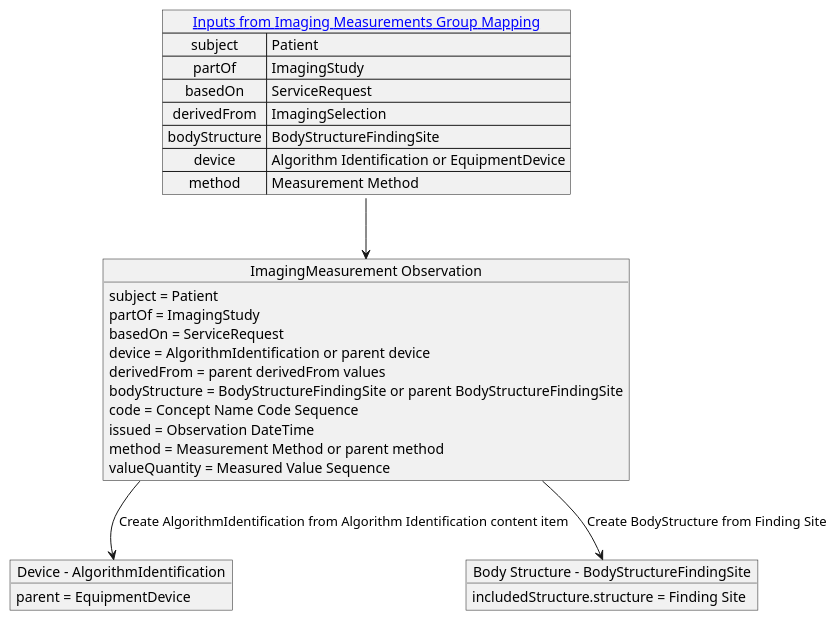
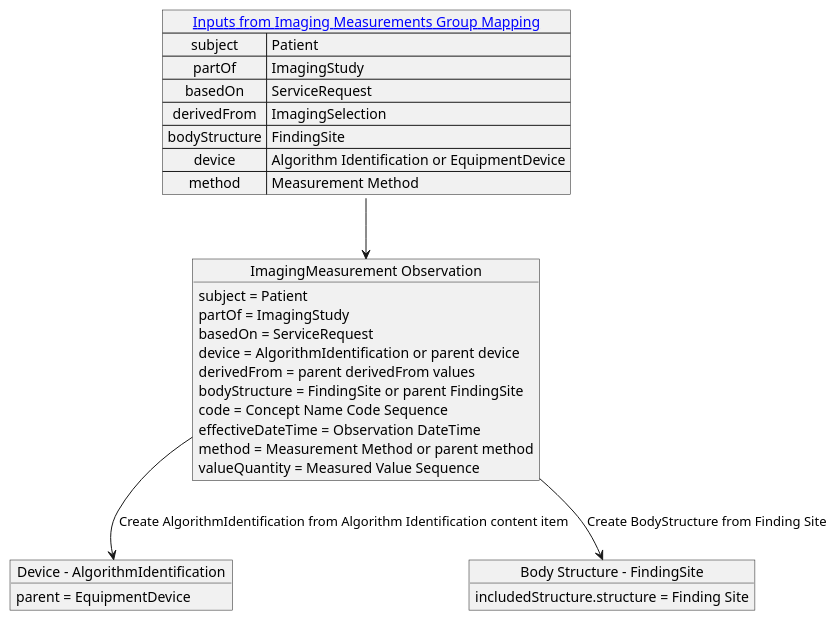
Before and after one commit to HL7/dicom-sr: the diagram in input/images-source/4_6_imaging_measurement_mapping.plantuml, drawn with PlantUML. The commit also changed 53 other files, not shown here.

```diff
--- a/input/images-source/4_6_imaging_measurement_mapping.plantuml
+++ b/input/images-source/4_6_imaging_measurement_mapping.plantuml
@@ -1,40 +1,40 @@
 @startuml imaging_measurement_mapping
 
 map "[[mapping.html#imaging-measurement-group-mapping Inputs from Imaging Measurements Group Mapping]]" as inputs {
    subject => Patient
    partOf => ImagingStudy
    basedOn => ServiceRequest
    derivedFrom => ImagingSelection
-   bodyStructure => BodyStructureFindingSite
+   bodyStructure => FindingSite
    device => Algorithm Identification or EquipmentDevice
    method => Measurement Method
 }
 
 object "Device - AlgorithmIdentification" as AlgorithmIdentification {
     parent = EquipmentDevice
 }
 
-object "Body Structure - BodyStructureFindingSite" as BodyStructureFindingSite {
+object "Body Structure - FindingSite" as FindingSite {
     includedStructure.structure = Finding Site
 }
 
 object "ImagingMeasurement Observation" as imagingMeasurement {
     subject = Patient
     partOf = ImagingStudy
     basedOn = ServiceRequest
     device = AlgorithmIdentification or parent device
     derivedFrom = parent derivedFrom values
-    bodyStructure = BodyStructureFindingSite or parent BodyStructureFindingSite
+    bodyStructure = FindingSite or parent FindingSite
     code = Concept Name Code Sequence
-    issued = Observation DateTime
+    effectiveDateTime = Observation DateTime
     method = Measurement Method or parent method
     valueQuantity = Measured Value Sequence
 }
 
 imagingMeasurement --> AlgorithmIdentification: Create AlgorithmIdentification from Algorithm Identification content item
-imagingMeasurement --> BodyStructureFindingSite: Create BodyStructure from Finding Site
+imagingMeasurement --> FindingSite: Create BodyStructure from Finding Site
 
 inputs --> imagingMeasurement
 
 
 @enduml
```
